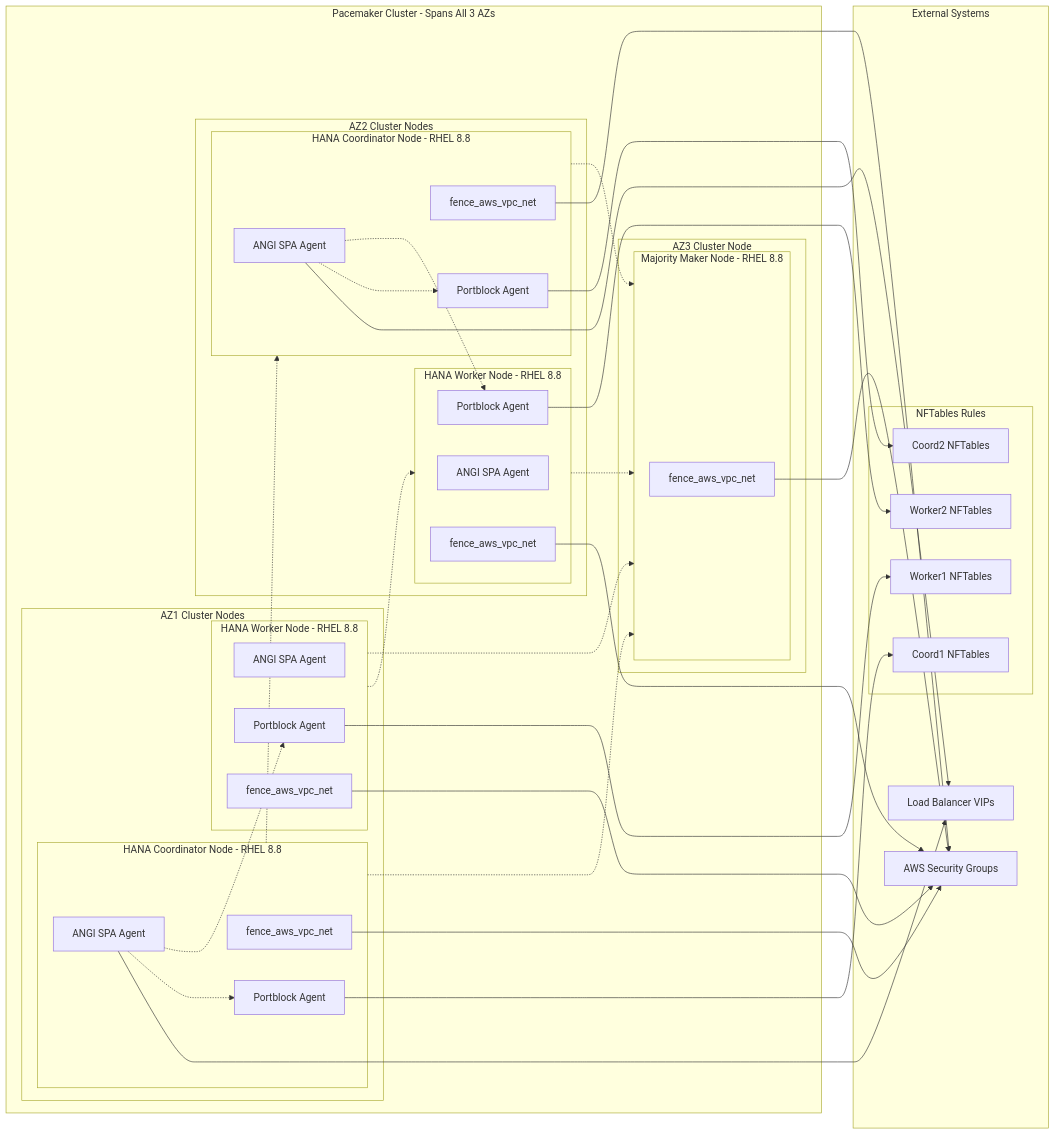
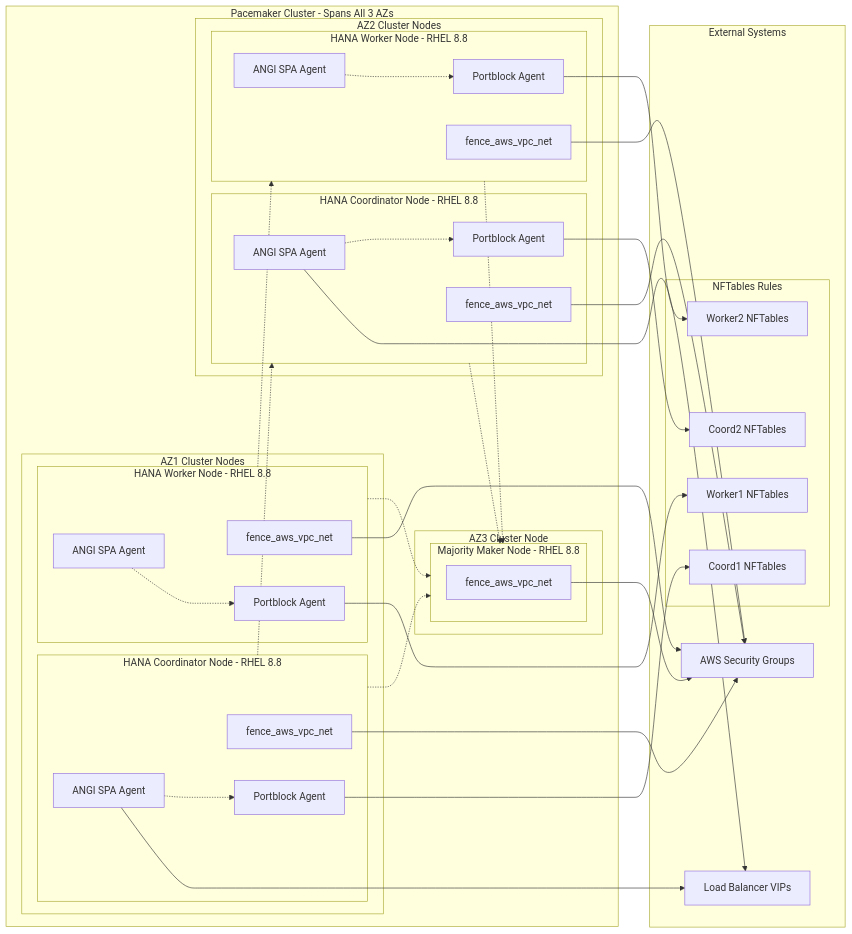
Before and after one commit to robbybrodie/s4hanascaleout: the second of 2 diagrams in README.md, drawn with Mermaid.

Commit message:
minor correction to flows in pacermaker diagram

```diff
--- a/README.md
+++ b/README.md
@@ -243,11 +243,11 @@
     COORD1_ANGI --> LB_VIP
     COORD2_ANGI --> LB_VIP
     
-    %% ANGI can trigger Portblock - within AZ coordination
+    %% ANGI can trigger Portblock - only on same node
     COORD1_ANGI -.-> COORD1_PORTBLOCK
-    COORD1_ANGI -.-> WORKER1_PORTBLOCK
+    WORKER1_ANGI -.-> WORKER1_PORTBLOCK
     COORD2_ANGI -.-> COORD2_PORTBLOCK
-    COORD2_ANGI -.-> WORKER2_PORTBLOCK
+    WORKER2_ANGI -.-> WORKER2_PORTBLOCK
     
     %% Hide empty spacer
     style EMPTY fill:transparent,stroke:transparent
```
